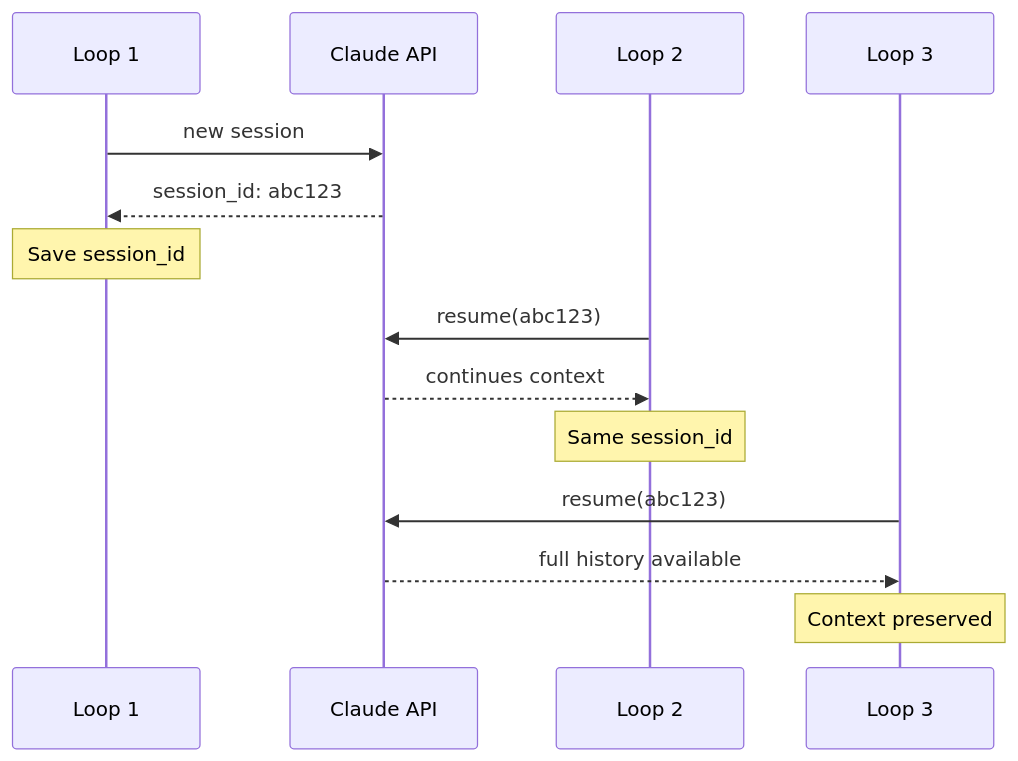
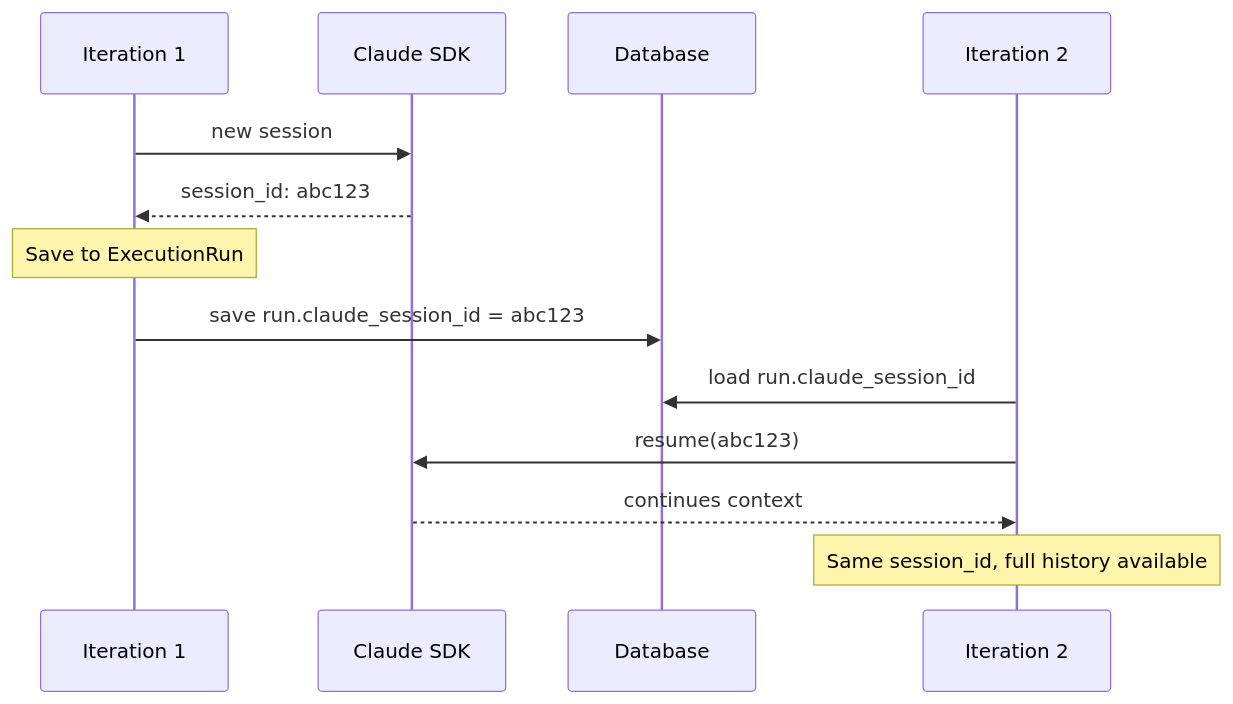
The eighth of 8 diagrams in docs/RALPH-LOOP.md (carrotly-ai/gluon-agent), drawn with Mermaid before and after one commit. The commit also changed other lines of this file, not shown here.

````diff
--- a/docs/RALPH-LOOP.md
+++ b/docs/RALPH-LOOP.md
@@ -475,19 +795,18 @@
 ```mermaid
 sequenceDiagram
-    participant L1 as Loop 1
-    participant C as Claude API
-    participant L2 as Loop 2
-    participant L3 as Loop 3
+    participant L1 as Iteration 1
+    participant C as Claude SDK
+    participant DB as Database
+    participant L2 as Iteration 2
 
     L1->>C: new session
     C-->>L1: session_id: abc123
-    Note over L1: Save session_id
+    Note over L1: Save to ExecutionRun
 
+    L1->>DB: save run.claude_session_id = abc123
+
+    L2->>DB: load run.claude_session_id
     L2->>C: resume(abc123)
     C-->>L2: continues context
-    Note over L2: Same session_id
-
-    L3->>C: resume(abc123)
-    C-->>L3: full history available
-    Note over L3: Context preserved
+    Note over L2: Same session_id, full history available
 ```
````
